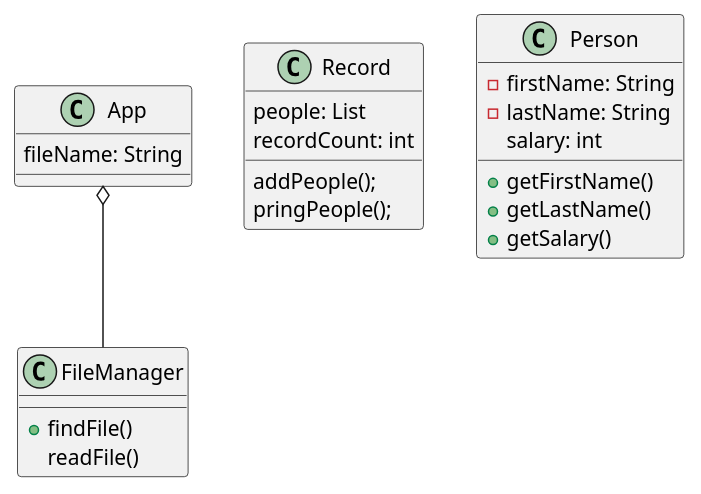
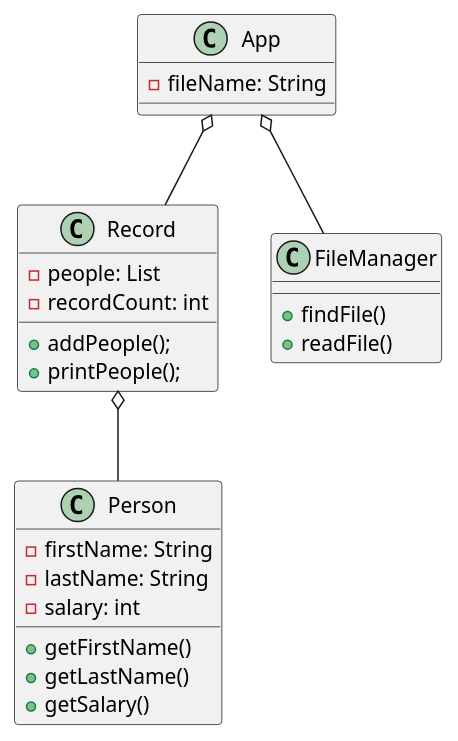
Before and after one commit to kingraham228/Ingraham-cop3330-assignment3: the diagram in src/main/java/ex42/ParsingDataFile.puml, drawn with PlantUML. The commit also changed 1 other file, not shown here.

```diff
--- a/src/main/java/ex42/ParsingDataFile.puml
+++ b/src/main/java/ex42/ParsingDataFile.puml
@@ -1,27 +1,29 @@
 @startuml
 class App{
-fileName: String
+-fileName: String
 }
 class Record{
-people: List
-recordCount: int
-addPeople();
-pringPeople();
+-people: List
+-recordCount: int
++addPeople();
++printPeople();
 }
 
 class Person{
 - firstName: String
 - lastName: String
-salary: int
+-salary: int
 + getFirstName()
 + getLastName()
 + getSalary()
 }
 
 class FileManager{
 + findFile()
-readFile()
++readFile()
 }
 
 App o-- FileManager
+App o-- Record
+Record o--Person
 @enduml
```
